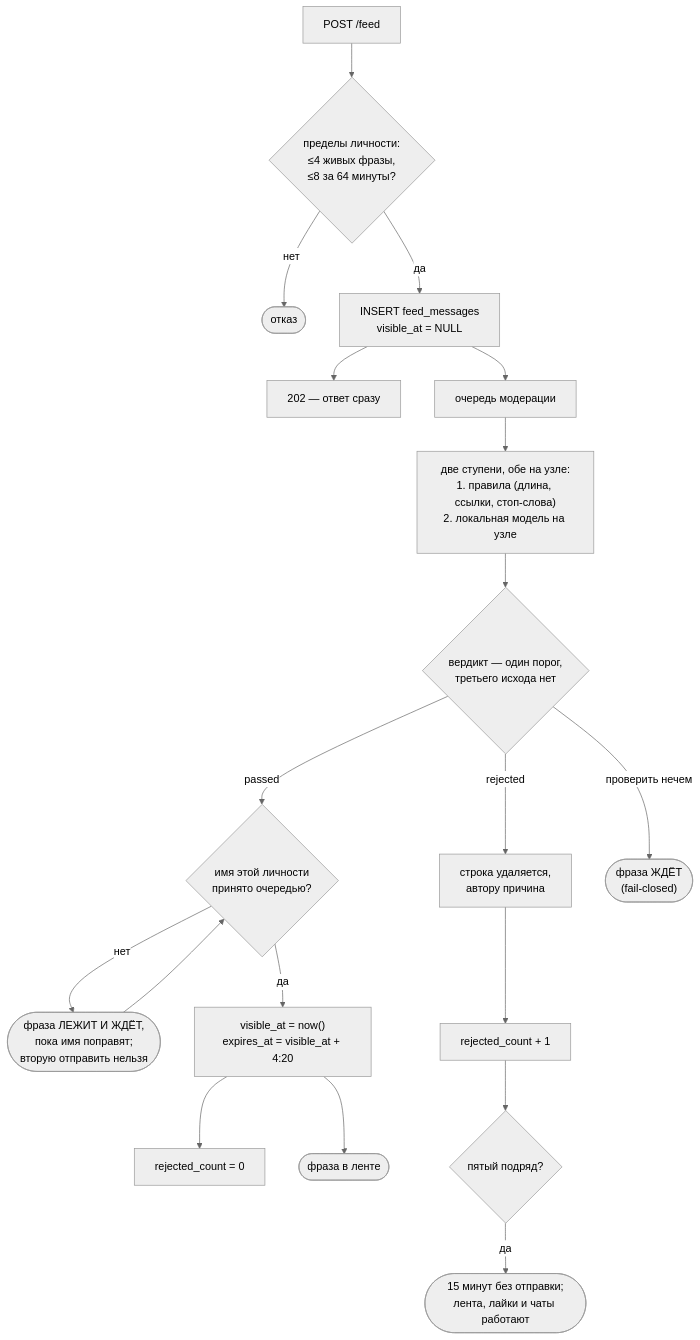
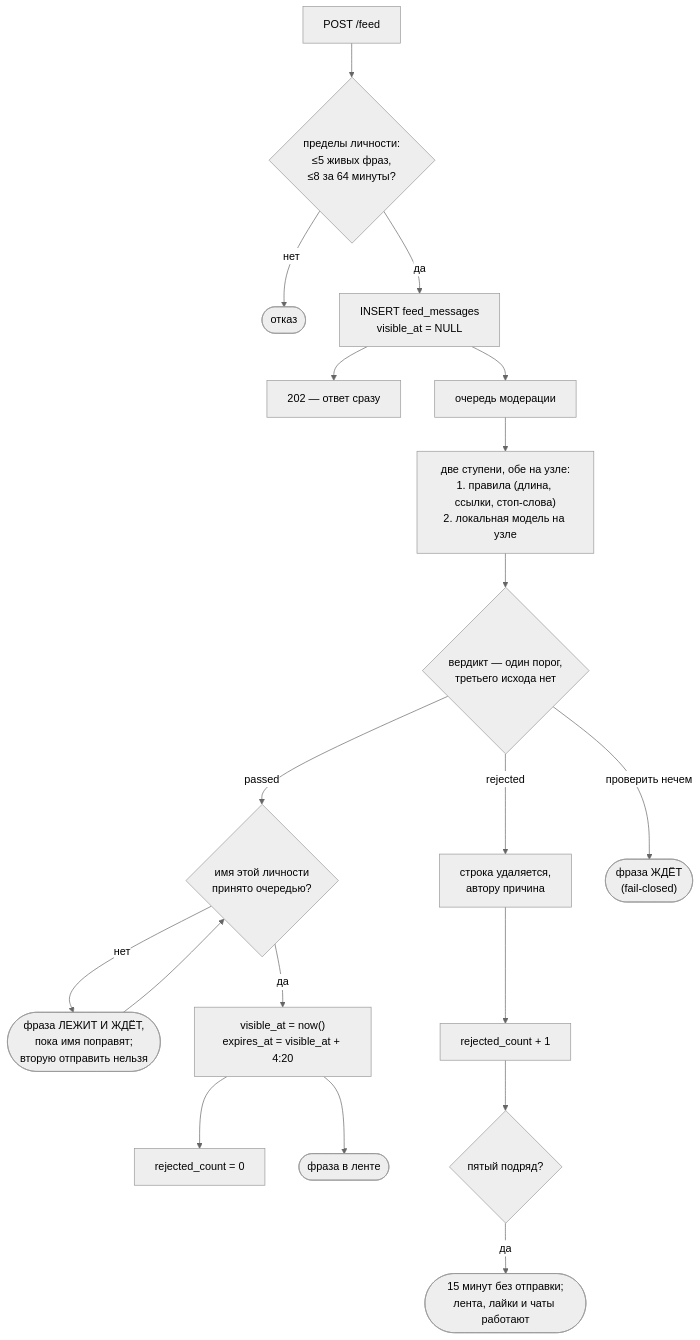
One commit to panov-id/xor.ad changed the seventh of 30 diagrams in docs/chat-flows_RU.md. Above: the diagram before and after it, drawn with Mermaid (neutral theme). The commit also changed other lines of this file and 8 other files, not shown here.

````diff
--- a/docs/chat-flows_RU.md
+++ b/docs/chat-flows_RU.md
@@ -218,21 +218,21 @@
 ```mermaid
 flowchart TD
-  post["POST /feed"] --> limits{"пределы личности:<br/>≤4 живых фразы,<br/>≤8 за 64 минуты?"}
+  post["POST /feed"] --> limits{"пределы личности:<br/>≤5 живых фраз,<br/>≤8 за 64 минуты?"}
   limits -- "нет" --> refuse(["отказ"])
   limits -- "да" --> insert["INSERT feed_messages<br/>visible_at = NULL"]
   insert --> ans["202 — ответ сразу"]
   insert --> queue["очередь модерации"]
   queue --> ladder["две ступени, обе на узле:<br/>1. правила #40;длина, ссылки, стоп-слова#41;<br/>2. локальная модель на узле"]
   ladder --> verdict{"вердикт — один порог,<br/>третьего исхода нет"}
   verdict -- "passed" --> name{"имя этой личности<br/>принято очередью?"}
   name -- "нет" --> hold(["фраза ЛЕЖИТ И ЖДЁТ,<br/>пока имя поправят;<br/>вторую отправить нельзя"])
   hold --> name
   name -- "да" --> live["visible_at = now#40;#41;<br/>expires_at = visible_at + 4:20"]
   live --> zero["rejected_count = 0"]
   live --> shown(["фраза в ленте"])
   verdict -- "rejected" --> del["строка удаляется,<br/>автору причина"]
   del --> count["rejected_count + 1"]
   count --> block{"пятый подряд?"}
   block -- "да" --> mute(["15 минут без отправки;<br/>лента, лайки и чаты работают"])
   verdict -- "проверить нечем" --> wait(["фраза ЖДЁТ<br/>#40;fail-closed#41;"])
 ```
````
